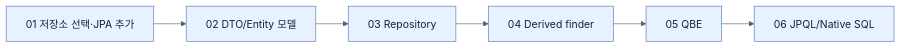
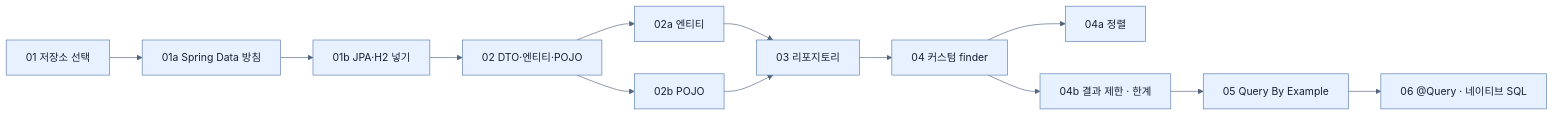
Before and after one commit to sing-u8/Learning_Spring_Boot_4: the first of 3 diagrams in spring-boot-4-pdf-notes/part-2-creating-an-application-with-spring-boot/chapter-3-querying-for-data-with-spring-boot/_map.md, drawn with Mermaid. The commit also changed other lines of this file and 253 other files, not shown here.

````diff
--- a/spring-boot-4-pdf-notes/part-2-creating-an-application-with-spring-boot/chapter-3-querying-for-data-with-spring-boot/_map.md
+++ b/spring-boot-4-pdf-notes/part-2-creating-an-application-with-spring-boot/chapter-3-querying-for-data-with-spring-boot/_map.md
@@ -3,9 +7,16 @@
 ```mermaid
 %%{init: {'theme': 'base', 'themeVariables': {'background': '#ffffff', 'primaryColor': '#e8f1ff', 'primaryTextColor': '#172033', 'primaryBorderColor': '#5b7db1', 'lineColor': '#52647a', 'secondaryColor': '#f7fbff', 'tertiaryColor': '#fff7df'}}}%%
 flowchart LR
-    A[01 저장소 선택·JPA 추가] --> M[02 DTO/Entity 모델]
-    M --> R[03 Repository]
-    R --> D[04 Derived finder]
-    D --> Q[05 QBE]
-    Q --> J[06 JPQL/Native SQL]
+    S["01 저장소 선택"] --> M["01a Spring Data 방침"]
+    M --> J["01b JPA·H2 넣기"]
+    J --> T["02 DTO·엔티티·POJO"]
+    T --> E["02a 엔티티"]
+    T --> P["02b POJO"]
+    E --> R["03 리포지토리"]
+    P --> R
+    R --> F["04 커스텀 finder"]
+    F --> O["04a 정렬"]
+    F --> L["04b 결과 제한 · 한계"]
+    L --> Q["05 Query By Example"]
+    Q --> C["06 @Query · 네이티브 SQL"]
 ```
````
